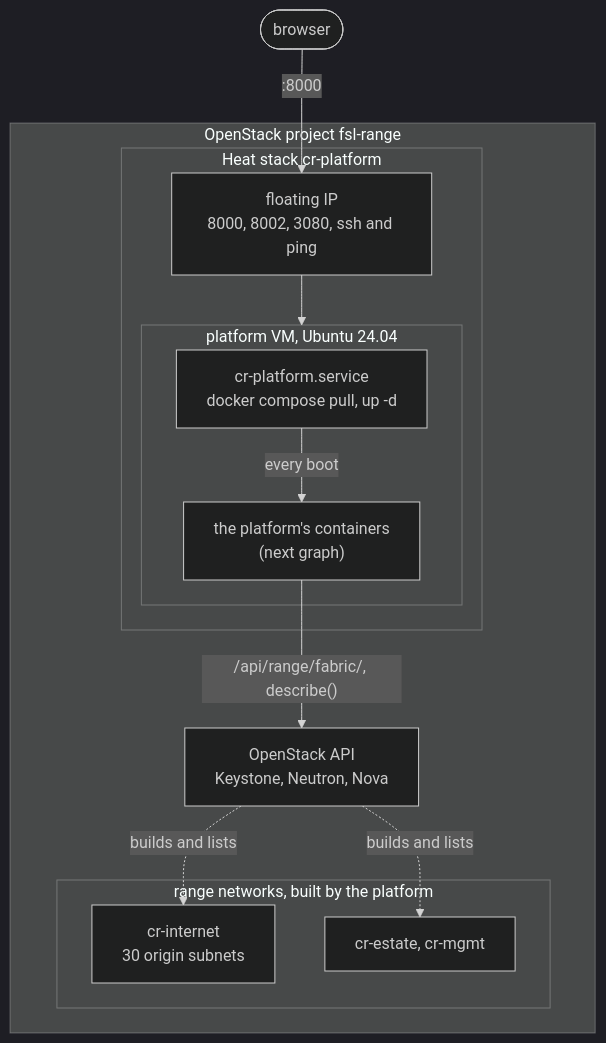
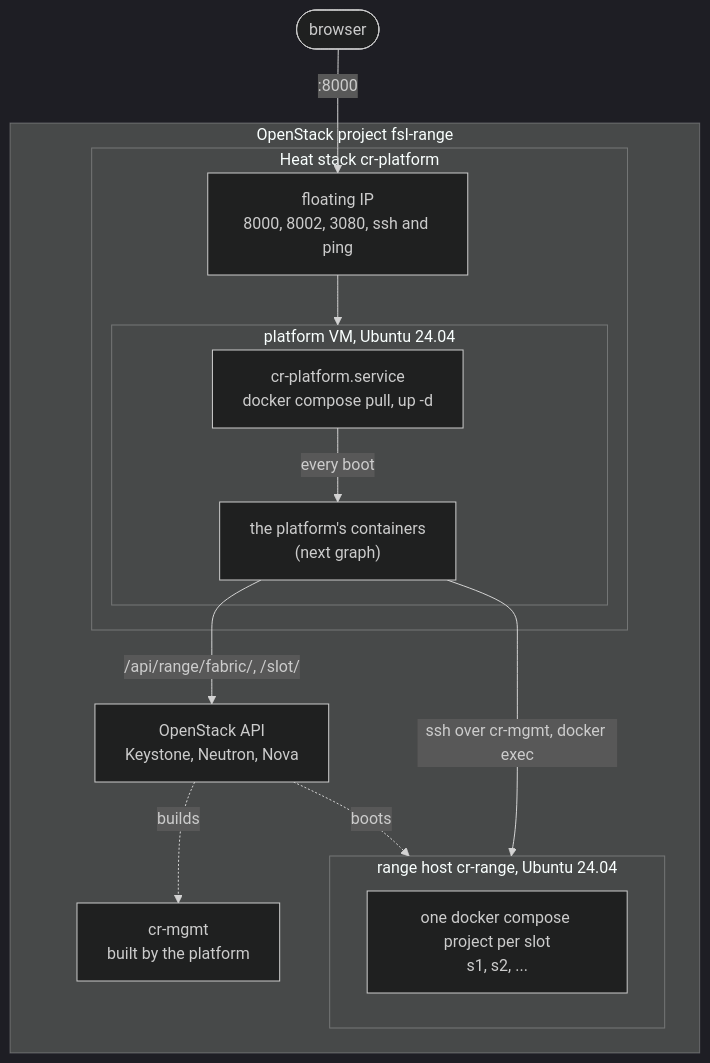
Before and after one commit to Nekonic/fsl-project-mvp: the first of 2 diagrams in README.md, drawn with Mermaid (dark theme). The commit also changed other lines of this file and 12 other files, not shown here.

First line of the commit message:
range-host: the range host gives up its Internet port once set up; docs follow the range host

````diff
--- a/README.md
+++ b/README.md
@@ -242,26 +247,27 @@
 ```mermaid
 flowchart TB
   person(["browser"])
 
   subgraph cloud["OpenStack project fsl-range"]
     api["OpenStack API<br/>Keystone, Neutron, Nova"]
     subgraph heat["Heat stack cr-platform"]
       fip["floating IP<br/>8000, 8002, 3080, ssh and ping"]
       subgraph vm["platform VM, Ubuntu 24.04"]
         unit["cr-platform.service<br/>docker compose pull, up -d"]
         stack["the platform's containers<br/>(next graph)"]
       end
     end
-    subgraph fabric_box["range networks, built by the platform"]
-      internet["cr-internet<br/>30 origin subnets"]
-      inside["cr-estate, cr-mgmt"]
+    mgmt["cr-mgmt<br/>built by the platform"]
+    subgraph rangevm["range host cr-range, Ubuntu 24.04"]
+      slots["one docker compose project per slot<br/>s1, s2, ..."]
     end
   end
 
   person -->|":8000"| fip
   fip --> vm
   unit -->|"every boot"| stack
-  stack -->|"/api/range/fabric/, describe()"| api
-  api -.->|builds and lists| internet
-  api -.->|builds and lists| inside
+  stack -->|"/api/range/fabric/, /slot/"| api
+  api -.->|builds| mgmt
+  api -.->|boots| rangevm
+  stack -->|"ssh over cr-mgmt, docker exec"| rangevm
 ```
````
